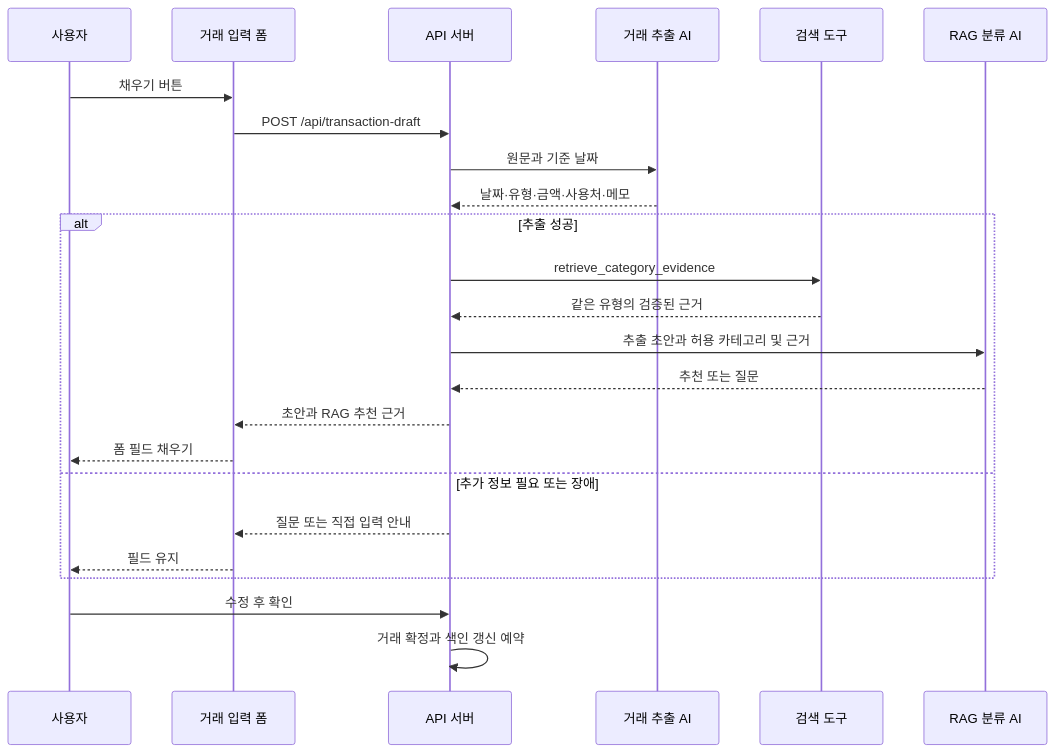
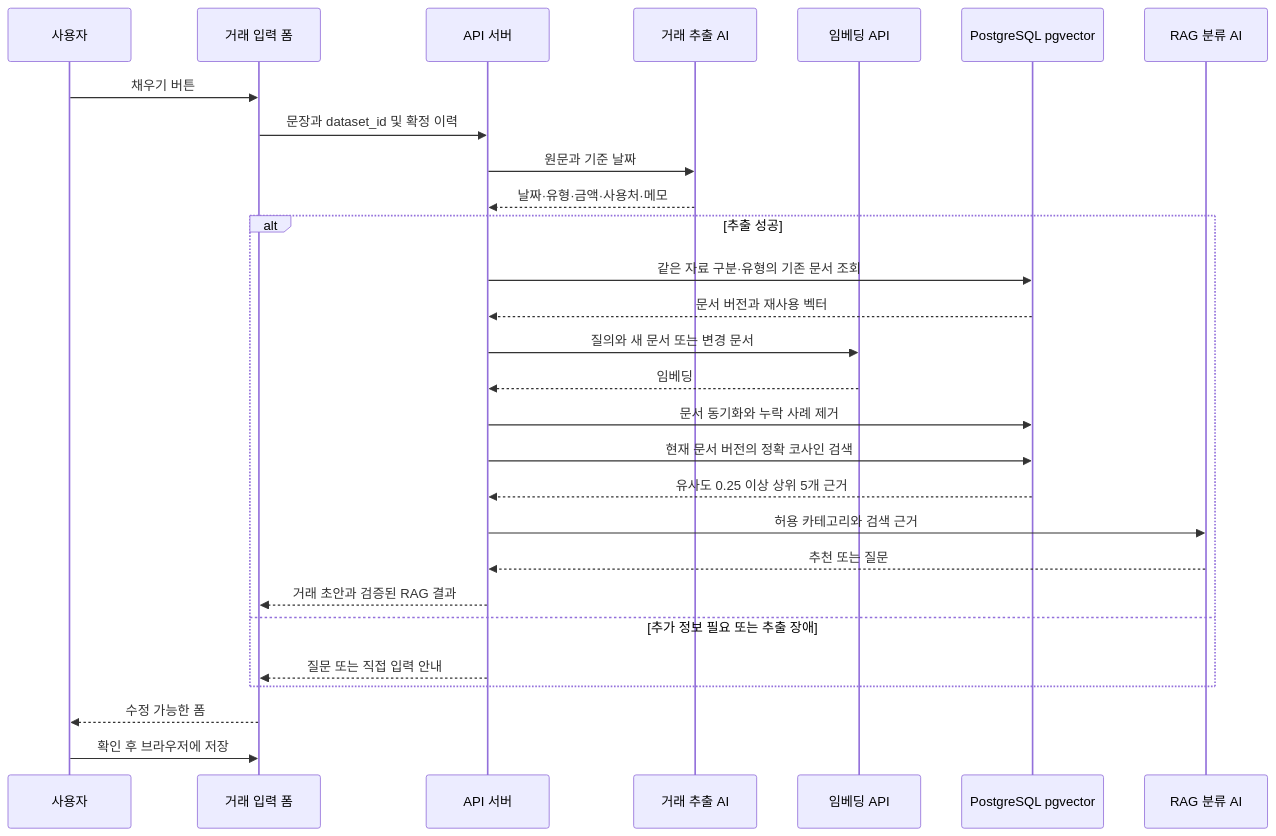
The diagram in docs/ai/category-rag.md (hyeon81/account_book), drawn with Mermaid before and after one commit. The commit also changed other lines of this file and 44 other files, not shown here.

Commit message:
Persist category RAG embeddings with PostgreSQL and pgvector

````diff
--- a/docs/ai/category-rag.md
+++ b/docs/ai/category-rag.md
@@ -29,26 +28,30 @@
 ```mermaid
 sequenceDiagram
     participant U as 사용자
     participant UI as 거래 입력 폼
     participant S as API 서버
     participant X as 거래 추출 AI
-    participant R as 검색 도구
+    participant E as 임베딩 API
+    participant DB as PostgreSQL pgvector
     participant C as RAG 분류 AI
     U->>UI: 채우기 버튼
-    UI->>S: POST /api/transaction-draft
+    UI->>S: 문장과 dataset_id 및 확정 이력
     S->>X: 원문과 기준 날짜
     X-->>S: 날짜·유형·금액·사용처·메모
     alt 추출 성공
-        S->>R: retrieve_category_evidence
-        R-->>S: 같은 유형의 검증된 근거
-        S->>C: 추출 초안과 허용 카테고리 및 근거
+        S->>DB: 같은 자료 구분·유형의 기존 문서 조회
+        DB-->>S: 문서 버전과 재사용 벡터
+        S->>E: 질의와 새 문서 또는 변경 문서
+        E-->>S: 임베딩
+        S->>DB: 문서 동기화와 누락 사례 제거
+        S->>DB: 현재 문서 버전의 정확 코사인 검색
+        DB-->>S: 유사도 0.25 이상 상위 5개 근거
+        S->>C: 허용 카테고리와 검색 근거
         C-->>S: 추천 또는 질문
-        S-->>UI: 초안과 RAG 추천 근거
-        UI-->>U: 폼 필드 채우기
-    else 추가 정보 필요 또는 장애
+        S-->>UI: 거래 초안과 검증된 RAG 결과
+    else 추가 정보 필요 또는 추출 장애
         S-->>UI: 질문 또는 직접 입력 안내
-        UI-->>U: 필드 유지
     end
-    U->>S: 수정 후 확인
-    S->>S: 거래 확정과 색인 갱신 예약
+    UI-->>U: 수정 가능한 폼
+    U->>UI: 확인 후 브라우저에 저장
 ```
````
